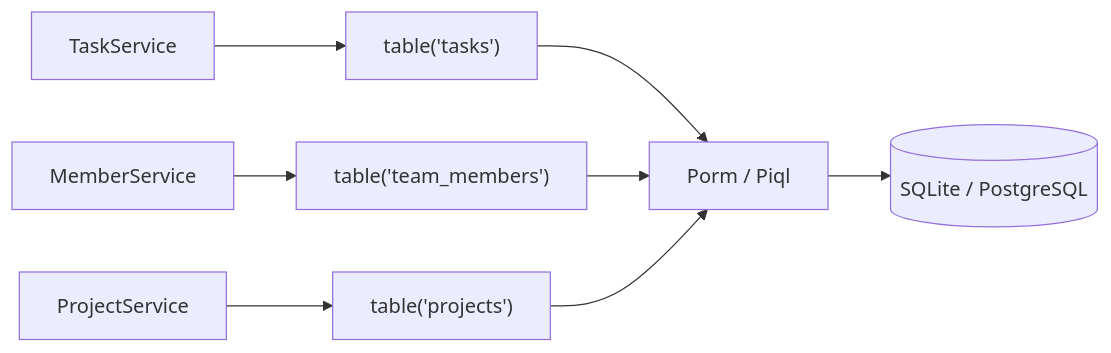
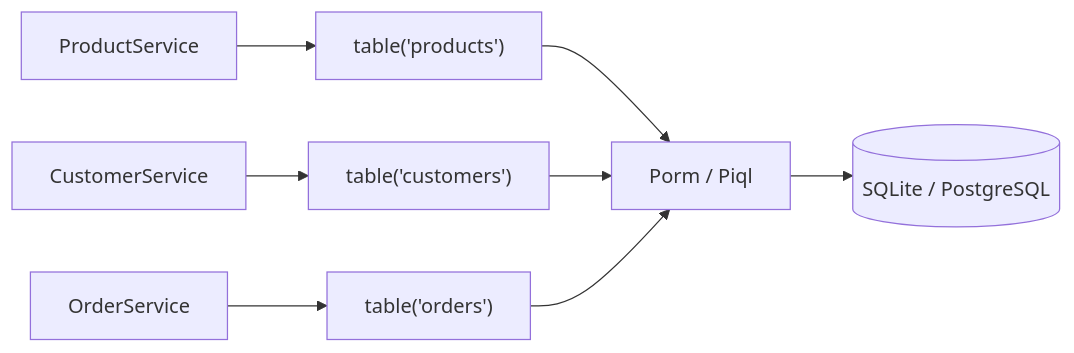
The diagram in content/docs/documentation/database/_index.md (PioniaPHP-project/pionia-docs), drawn with Mermaid before and after one commit. The commit also changed other lines of this file and 268 other files, not shown here.

```diff
--- a/content/docs/documentation/database/_index.md
+++ b/content/docs/documentation/database/_index.md
@@ -35,10 +35,10 @@
 {{< mermaid >}}
 flowchart LR
-  TaskService --> table["table('tasks')"]
-  MemberService --> tm["table('team_members')"]
-  ProjectService --> proj["table('projects')"]
+  ProductService --> table["table('products')"]
+  CustomerService --> tm["table('customers')"]
+  OrderService --> orders["table('orders')"]
   table --> Porm["Porm / Piql"]
   tm --> Porm
-  proj --> Porm
+  orders --> Porm
   Porm --> SQLite[("SQLite / PostgreSQL")]
 {{< /mermaid >}}
```
